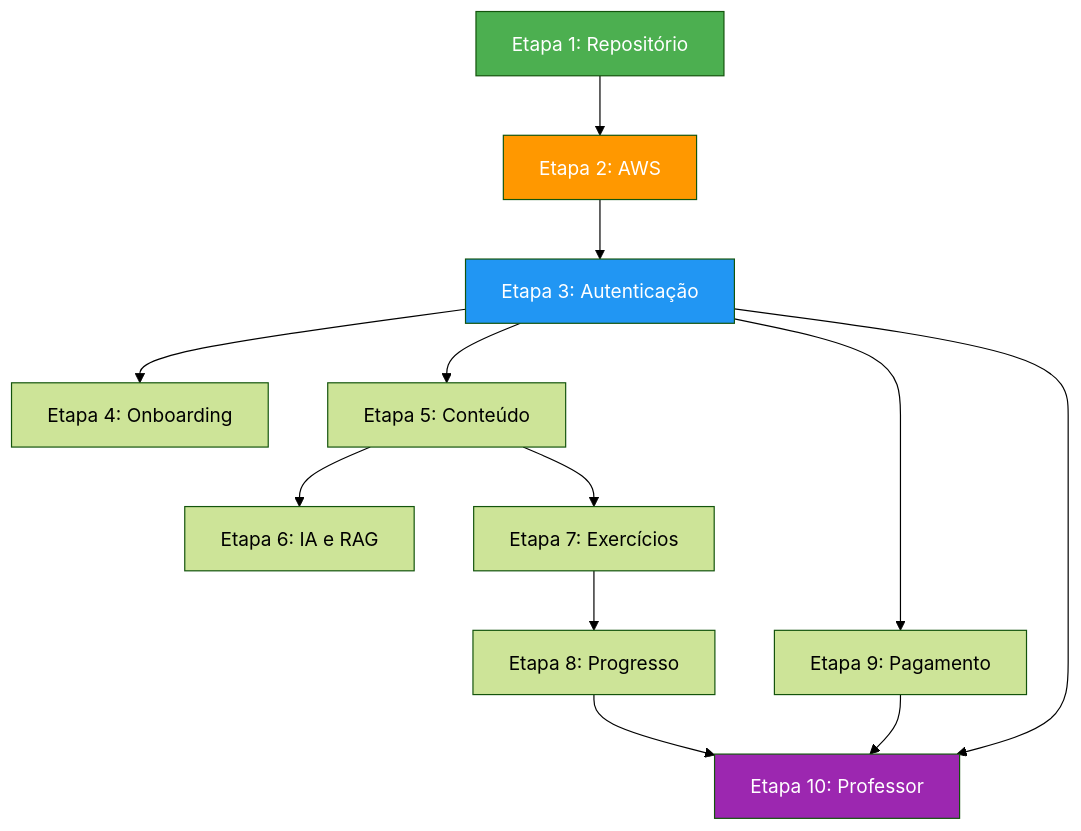
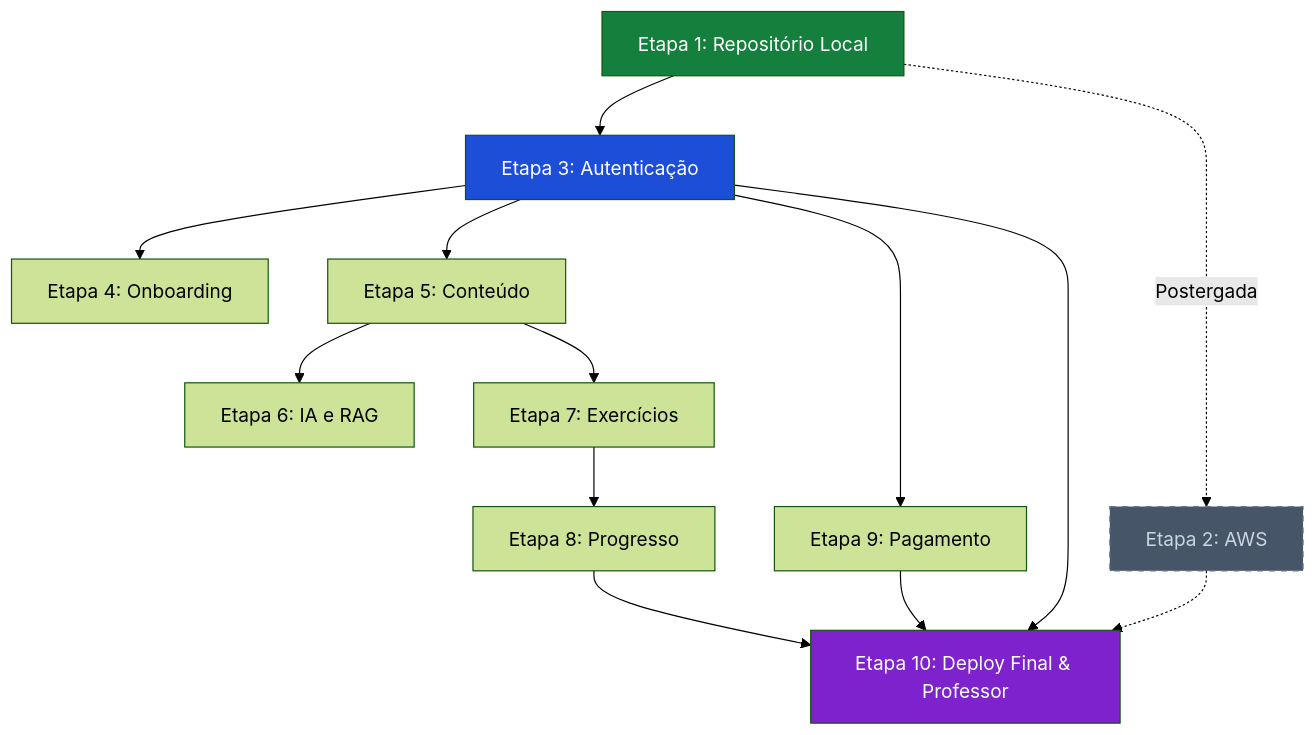
The second of 2 diagrams in docs-site/docs/implementation/index.md (SiadeLucas/Tutor-Inteligente), drawn with Mermaid (forest theme) before and after one commit. The commit also changed other lines of this file and 2 other files, not shown here.

Commit message:
feat: etapa 02 pulada

````diff
--- a/docs-site/docs/implementation/index.md
+++ b/docs-site/docs/implementation/index.md
@@ -168,19 +172,20 @@
 ```mermaid
 graph TD
-    E1["Etapa 1: Repositório"] --> E2["Etapa 2: AWS"]
-    E2 --> E3["Etapa 3: Autenticação"]
+    E1["Etapa 1: Repositório Local"] --> E3["Etapa 3: Autenticação"]
+    E1 -.->|Postergada| E2["Etapa 2: AWS"]
     E3 --> E4["Etapa 4: Onboarding"]
     E3 --> E5["Etapa 5: Conteúdo"]
     E5 --> E6["Etapa 6: IA e RAG"]
     E5 --> E7["Etapa 7: Exercícios"]
     E7 --> E8["Etapa 8: Progresso"]
     E3 --> E9["Etapa 9: Pagamento"]
-    E3 --> E10["Etapa 10: Professor"]
+    E3 --> E10["Etapa 10: Deploy Final & Professor"]
     E8 --> E10
     E9 --> E10
+    E2 -.-> E10
 
-    style E1 fill:#4CAF50,color:#fff
-    style E2 fill:#FF9800,color:#fff
-    style E3 fill:#2196F3,color:#fff
-    style E10 fill:#9C27B0,color:#fff
+    style E1 fill:#15803d,color:#fff
+    style E2 fill:#475569,stroke:#64748b,stroke-dasharray: 5 5,color:#cbd5e1
+    style E3 fill:#1d4ed8,color:#fff
+    style E10 fill:#7e22ce,color:#fff
 ```
````
